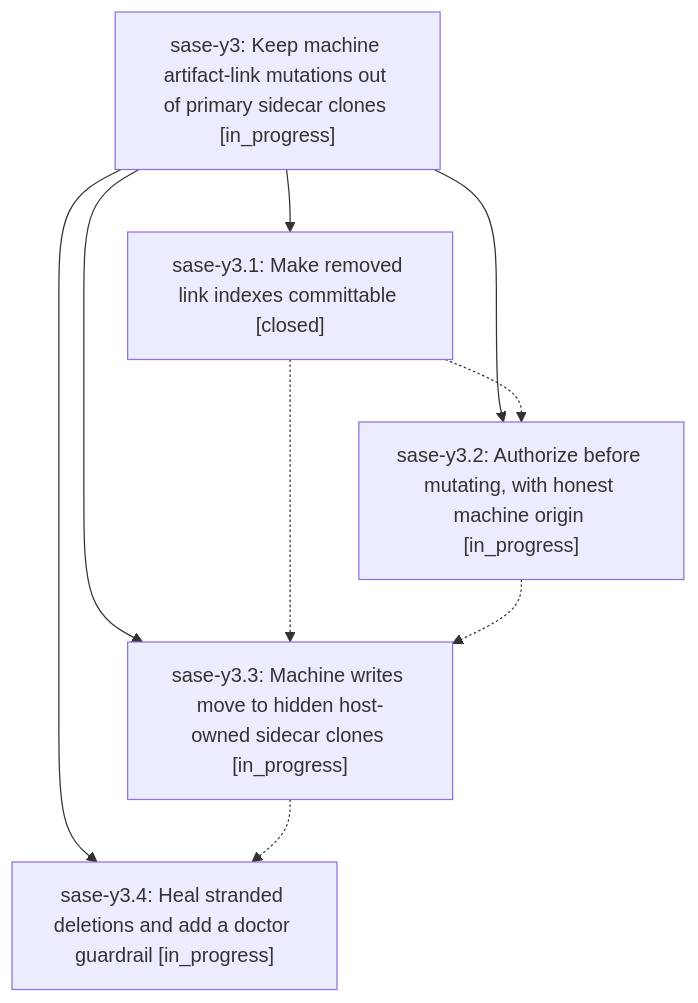
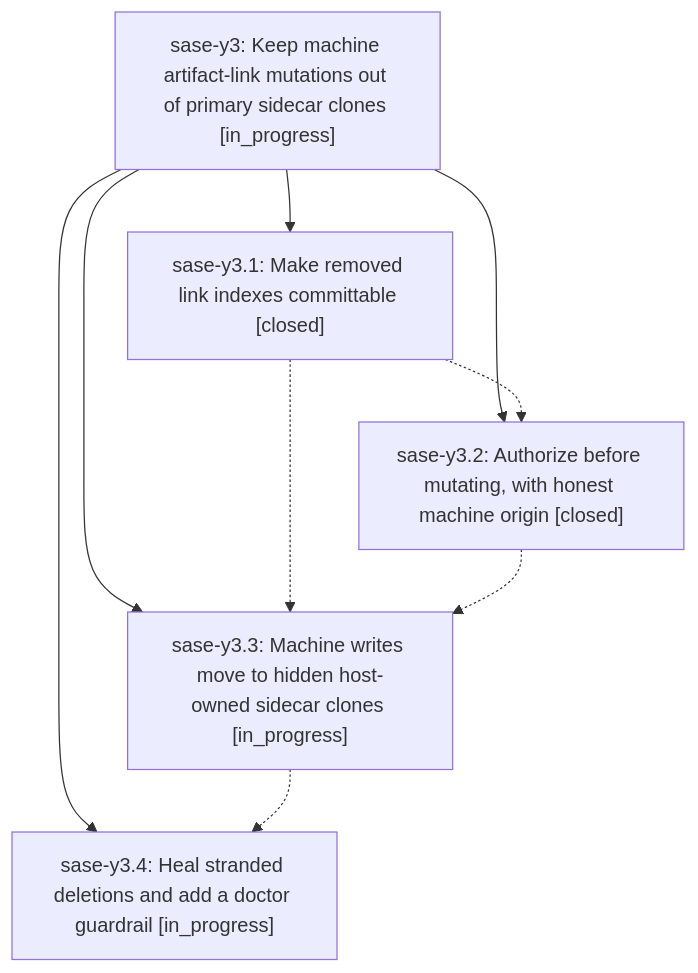
Before and after one commit to sase-org/sase--beads: the diagram in pages/sase-y3/README.md, drawn with Mermaid. The commit also changed other lines of this file and 3 other files, not shown here.

````diff
--- a/pages/sase-y3/README.md
+++ b/pages/sase-y3/README.md
@@ -37,16 +37,16 @@
 ```mermaid
 flowchart TD
     n0["sase-y3: Keep machine artifact-link mutations out of primary sidecar clones [in_progress]"]
     n1["sase-y3.1: Make removed link indexes committable [closed]"]
-    n2["sase-y3.2: Authorize before mutating, with honest machine origin [in_progress]"]
+    n2["sase-y3.2: Authorize before mutating, with honest machine origin [closed]"]
     n3["sase-y3.3: Machine writes move to hidden host-owned sidecar clones [in_progress]"]
     n4["sase-y3.4: Heal stranded deletions and add a doctor guardrail [in_progress]"]
     n0 --> n1
     n0 --> n2
     n0 --> n3
     n0 --> n4
     n1 -.-> n2
     n1 -.-> n3
     n2 -.-> n3
     n3 -.-> n4
 ```
````
